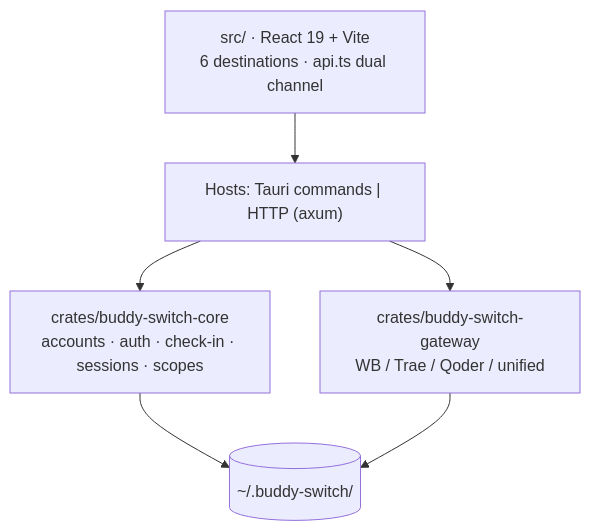
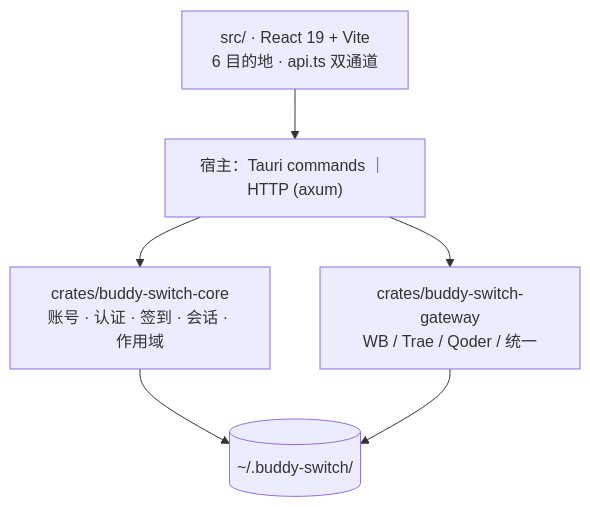
The fourth of 4 diagrams in README.md (LittleOrange-i/trae-workbuddy-switch), drawn with Mermaid before and after one commit. The commit also changed other lines of this file and 7 other files, not shown here.

````diff
--- a/README.md
+++ b/README.md
@@ -378,8 +381,8 @@
 ```mermaid
 flowchart TB
-    FE["src/ · React 19 + Vite<br/>6 destinations · api.ts dual channel"] --> H["Hosts: Tauri commands | HTTP (axum)"]
-    H --> CORE["crates/buddy-switch-core<br/>accounts · auth · check-in · sessions · scopes"]
-    H --> GW["crates/buddy-switch-gateway<br/>WB / Trae / Qoder / unified"]
+    FE["src/ · React 19 + Vite<br/>6 目的地 · api.ts 双通道"] --> H["宿主：Tauri commands ｜ HTTP (axum)"]
+    H --> CORE["crates/buddy-switch-core<br/>账号 · 认证 · 签到 · 会话 · 作用域"]
+    H --> GW["crates/buddy-switch-gateway<br/>WB / Trae / Qoder / 统一"]
     CORE --> DATA[("~/.buddy-switch/")]
     GW --> DATA
 ```
````
